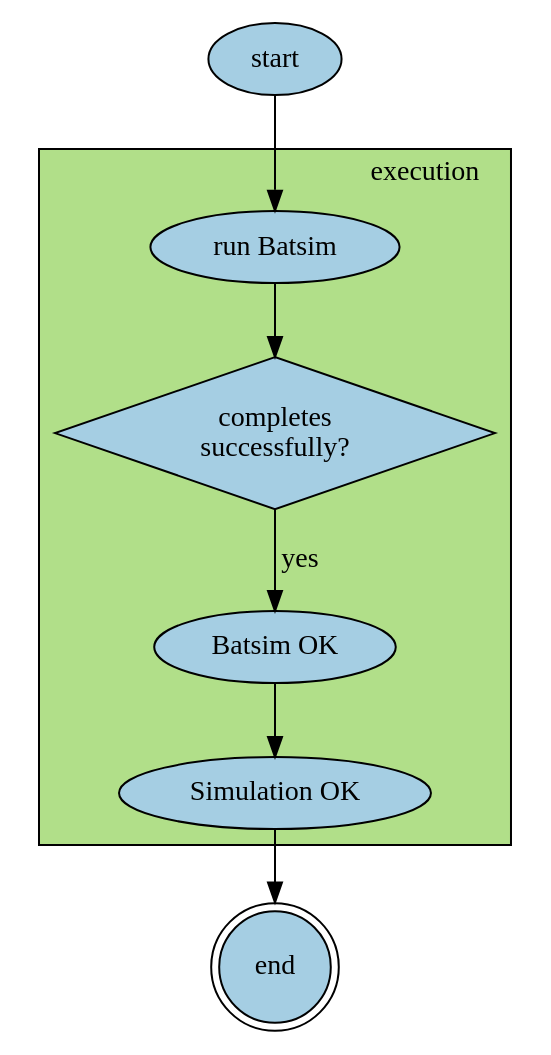
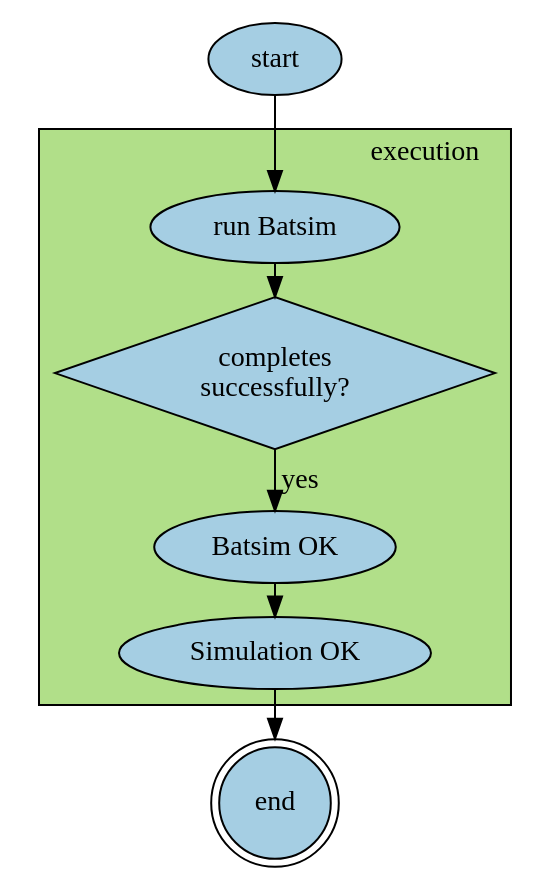
The diagram in doc/automata/smooth1.dot (Lucas-Doctorate-Project/batexpe), drawn with Graphviz before and after one commit. The commit also changed 8 other files, not shown here.

```diff
--- a/doc/automata/smooth1.dot
+++ b/doc/automata/smooth1.dot
@@ -1,24 +1,25 @@
 digraph G {
     node [style=filled,fillcolor="#A5CEE3"];
+    ranksep="0.00001"
 
     subgraph cluster_1 {
         runbat [label="run Batsim"];
         batstatus [shape=diamond, label="completes\nsuccessfully?"];
         batok [label="Batsim OK"];
         execend [label="Simulation OK"];
 
         runbat -> batstatus;
         batstatus -> batok [label="yes"];
         batok -> execend;
 
         label = "execution";
         labeljust="r";
         style=filled;
         fillcolor = "#B1DF89"
     }
     start -> runbat;
     execend -> end;
 
     start [label="start"];
     end [shape=doublecircle];
 }
```
